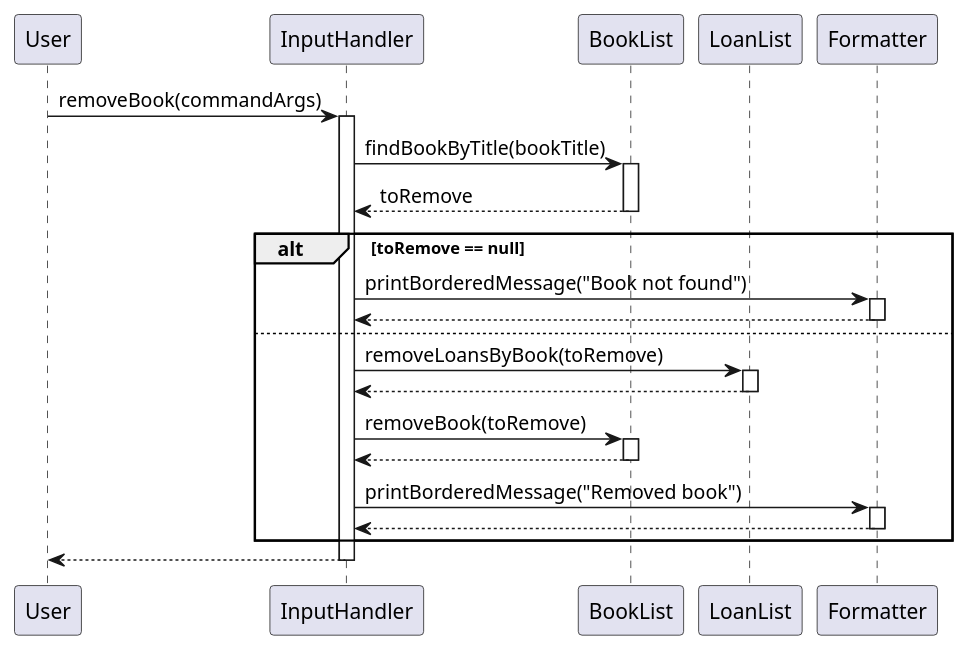
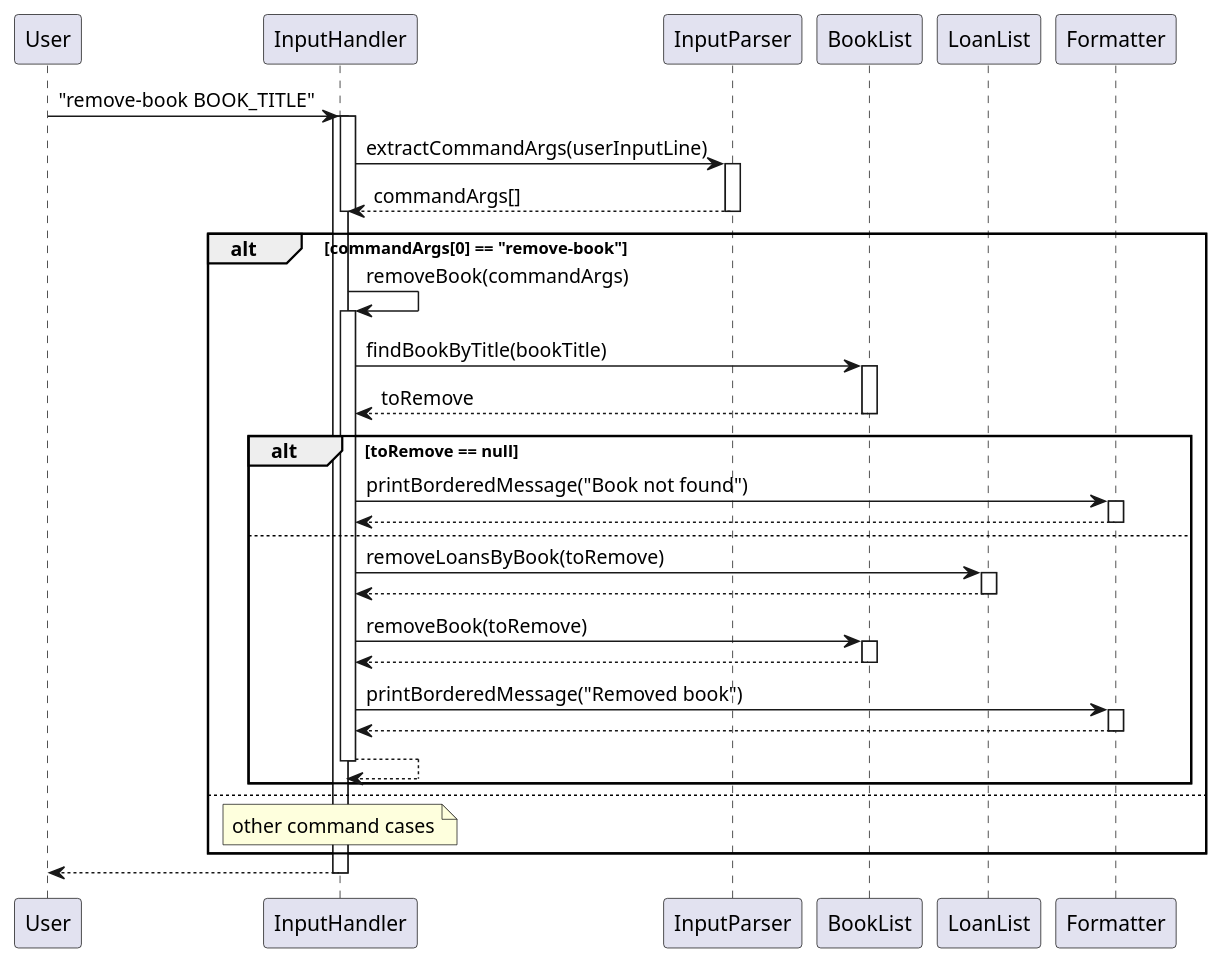
The diagram in docs/diagrams/removeBook.puml (AY2425S2-CS2113-T12-2/tp), drawn with PlantUML before and after one commit. The commit also changed 2 other files, not shown here.

Commit message:
update DeveloperGuide.md with more accurate sequence diagram and added Appendix A content according to the AddressBook-Level3 (AB3) DG structure.

```diff
--- a/docs/diagrams/removeBook.puml
+++ b/docs/diagrams/removeBook.puml
@@ -1,35 +1,55 @@
 @startuml
 participant User
 participant InputHandler
+participant InputParser
 participant BookList
 participant LoanList
 participant Formatter
 
-User -> InputHandler: removeBook(commandArgs)
+User -> InputHandler: "remove-book BOOK_TITLE"
 activate InputHandler
-InputHandler -> BookList: findBookByTitle(bookTitle)
-activate BookList
-BookList --> InputHandler: toRemove
-deactivate BookList
-alt toRemove == null
-    InputHandler -> Formatter: printBorderedMessage("Book not found")
-    activate Formatter
-    Formatter --> InputHandler
-    deactivate Formatter
-else
-    InputHandler -> LoanList: removeLoansByBook(toRemove)
-    activate LoanList
-    LoanList --> InputHandler
-    deactivate LoanList
-    InputHandler -> BookList: removeBook(toRemove)
-    activate BookList
-    BookList --> InputHandler
-    deactivate BookList
-    InputHandler -> Formatter: printBorderedMessage("Removed book")
-    activate Formatter
-    Formatter --> InputHandler
-    deactivate Formatter
-end
+    activate InputHandler
+    InputHandler -> InputParser: extractCommandArgs(userInputLine)
+    activate InputParser
+    InputParser --> InputHandler: commandArgs[]
+    deactivate InputHandler
+    deactivate InputParser
+    alt commandArgs[0] == "remove-book"
+        InputHandler -> InputHandler: removeBook(commandArgs)
+        activate InputHandler
+        InputHandler -> BookList: findBookByTitle(bookTitle)
+        activate BookList
+        BookList --> InputHandler: toRemove
+        deactivate BookList
+        alt toRemove == null
+            InputHandler -> Formatter: printBorderedMessage("Book not found")
+            activate Formatter
+            Formatter --> InputHandler
+            deactivate Formatter
+        else
+            InputHandler -> LoanList: removeLoansByBook(toRemove)
+            activate LoanList
+            LoanList --> InputHandler
+            deactivate LoanList
+
+            InputHandler -> BookList: removeBook(toRemove)
+            activate BookList
+            BookList --> InputHandler
+            deactivate BookList
+
+            InputHandler -> Formatter: printBorderedMessage("Removed book")
+            activate Formatter
+            Formatter --> InputHandler
+            deactivate Formatter
+            InputHandler --> InputHandler
+            deactivate InputHandler
+        end
+    else
+    note over InputHandler
+    other command cases
+    end note
+    end
+
 InputHandler --> User
 deactivate InputHandler
 @enduml
```
